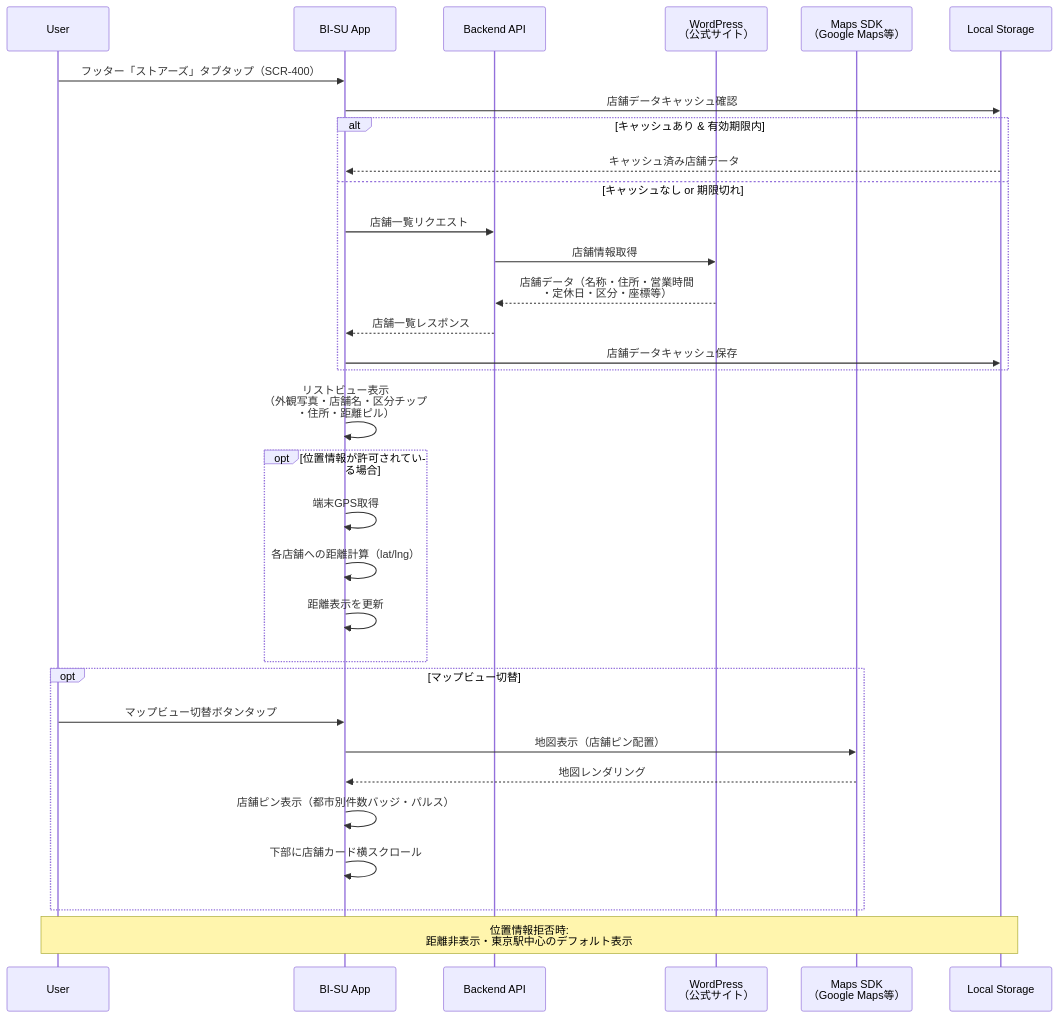
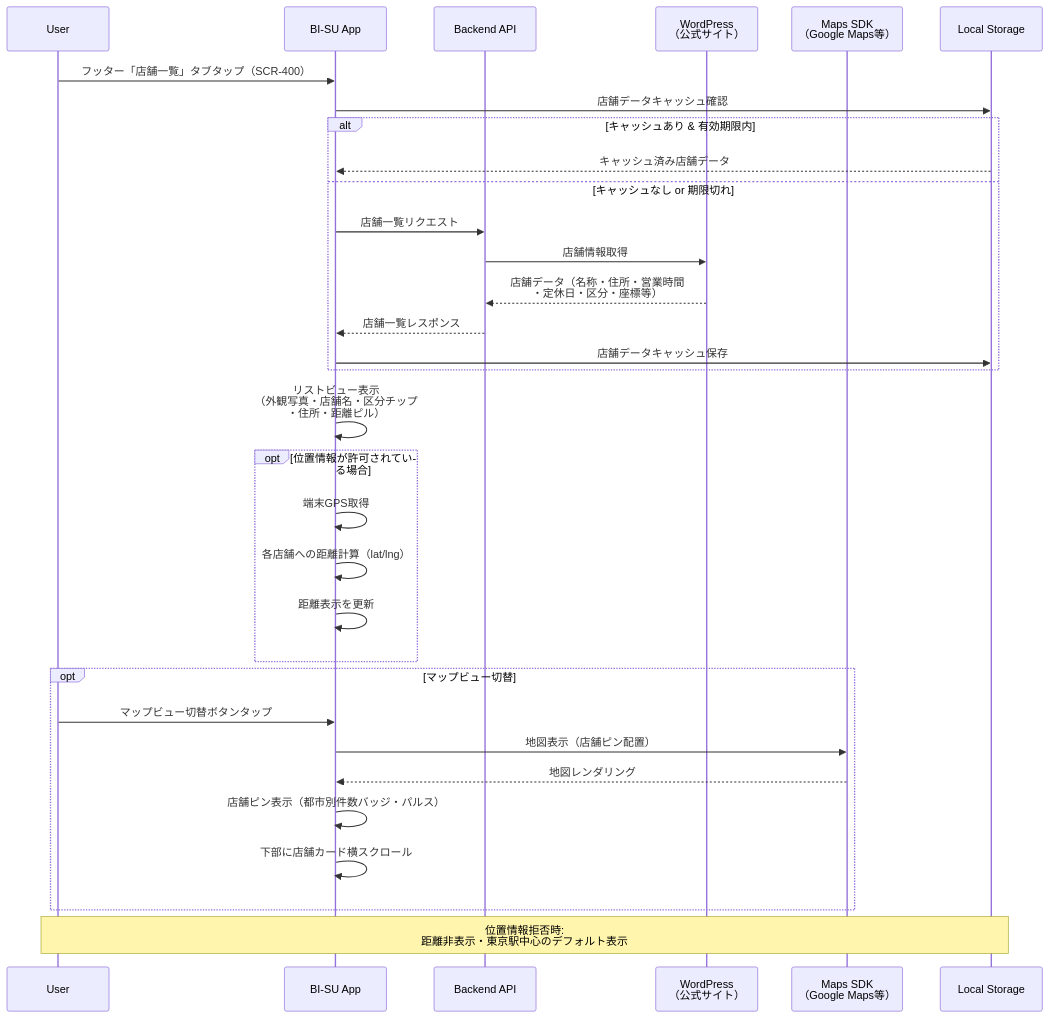
One commit to YukaHasebe/bi-su-app changed the eighth of 24 diagrams in docs/05_シーケンス図.md. Above: the diagram before and after it, drawn with Mermaid. The commit also changed other lines of this file and 7 other files, not shown here.

First line of the commit message:
docs: ストアーズ→店舗一覧 全置換・マップビューをGoogle Maps化・素材仕様追加

````diff
--- a/docs/05_シーケンス図.md
+++ b/docs/05_シーケンス図.md
@@ -216,40 +216,40 @@
 ```mermaid
 sequenceDiagram
     participant U as User
     participant App as BI-SU App
     participant API as Backend API
     participant WP as WordPress<br/>（公式サイト）
     participant Maps as Maps SDK<br/>（Google Maps等）
     participant LS as Local Storage
 
-    U->>App: フッター「ストアーズ」タブタップ（SCR-400）
+    U->>App: フッター「店舗一覧」タブタップ（SCR-400）
 
     App->>LS: 店舗データキャッシュ確認
     alt キャッシュあり & 有効期限内
         LS-->>App: キャッシュ済み店舗データ
     else キャッシュなし or 期限切れ
         App->>API: 店舗一覧リクエスト
         API->>WP: 店舗情報取得
         WP-->>API: 店舗データ（名称・住所・営業時間<br/>・定休日・区分・座標等）
         API-->>App: 店舗一覧レスポンス
         App->>LS: 店舗データキャッシュ保存
     end
 
     App->>App: リストビュー表示<br/>（外観写真・店舗名・区分チップ<br/>・住所・距離ピル）
 
     opt 位置情報が許可されている場合
         App->>App: 端末GPS取得
         App->>App: 各店舗への距離計算（lat/lng）
         App->>App: 距離表示を更新
     end
 
     opt マップビュー切替
         U->>App: マップビュー切替ボタンタップ
         App->>Maps: 地図表示（店舗ピン配置）
         Maps-->>App: 地図レンダリング
         App->>App: 店舗ピン表示（都市別件数バッジ・パルス）
         App->>App: 下部に店舗カード横スクロール
     end
 
     Note over U,LS: 位置情報拒否時:<br/>距離非表示・東京駅中心のデフォルト表示
 ```
````
